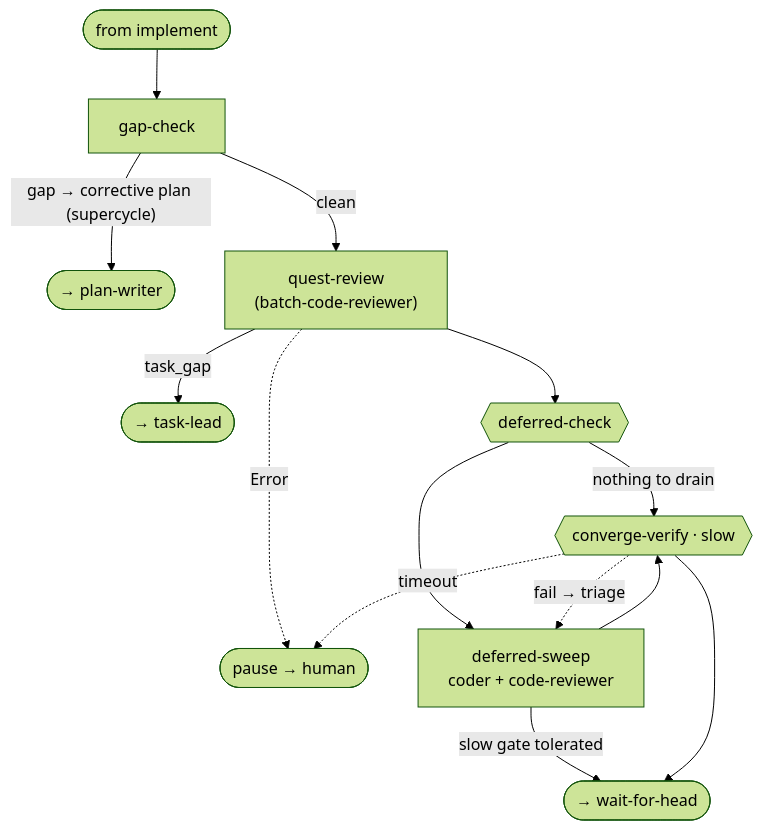
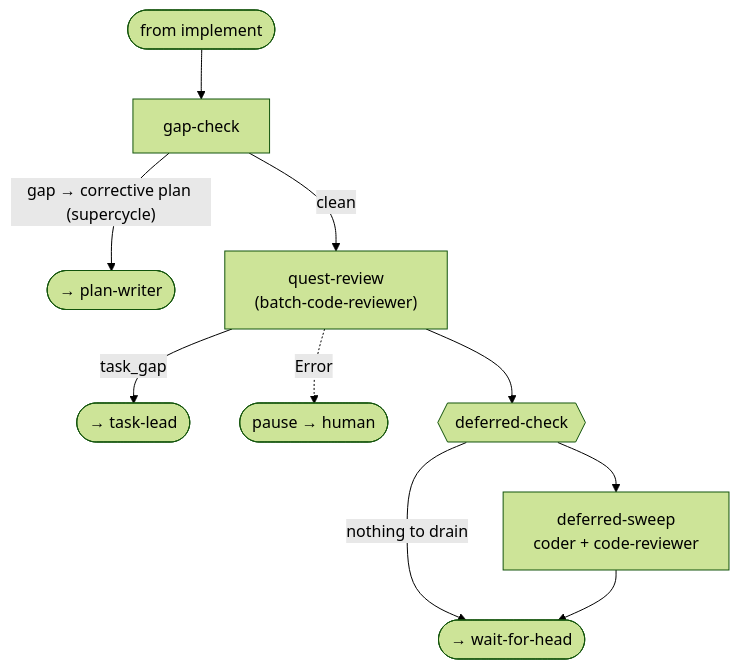
One commit to jpoimboe/imp changed diagram 12 of 13 in docs/internals/architecture.md. Above: the diagram before and after it, drawn with Mermaid (forest theme). The commit also changed other lines of this file and 2 other files, not shown here.

First line of the commit message:
docs: converge no longer runs a slow gate

````diff
--- a/docs/internals/architecture.md
+++ b/docs/internals/architecture.md
@@ -266,16 +264,12 @@
 ```mermaid
 flowchart TD
   in([from implement]) --> GC["gap-check"]
   GC -->|"gap → corrective plan (supercycle)"| toplan([→ plan-writer])
   GC -->|clean| QR["quest-review<br/>(batch-code-reviewer)"]
   QR -->|task_gap| totl([→ task-lead])
   QR -. Error .-> HUMAN([pause → human])
   QR --> DC{{"deferred-check"}}
-  DC -->|"nothing to drain"| CV
+  DC -->|"nothing to drain"| out([→ wait-for-head])
   DC --> DS["deferred-sweep<br/>coder + code-reviewer"]
-  DS -->|"slow gate tolerated"| out([→ wait-for-head])
-  DS --> CV{{"converge-verify · slow"}}
-  CV -. "fail → triage" .-> DS
-  CV -. timeout .-> HUMAN
-  CV --> out
+  DS --> out
 ```
````
